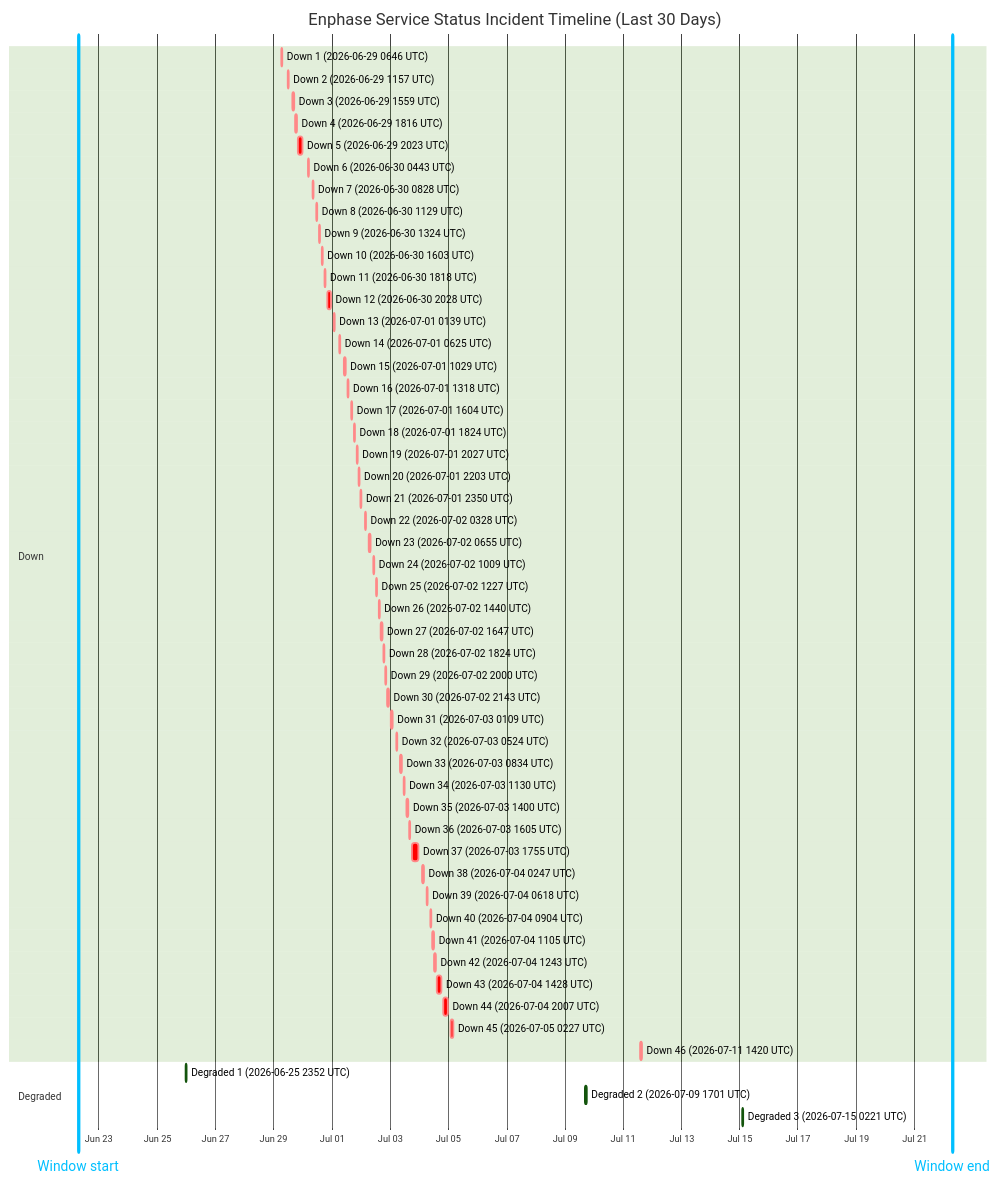
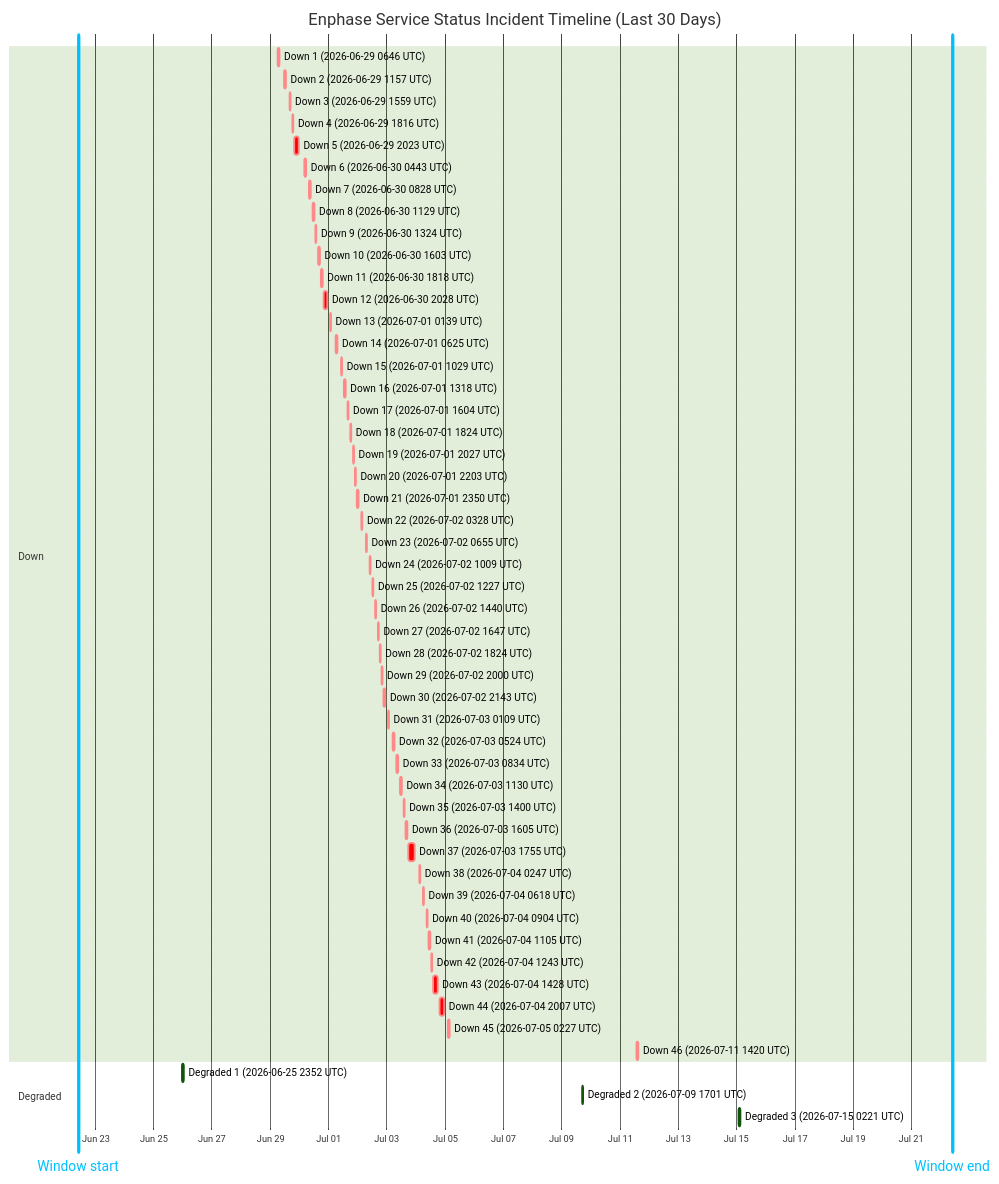
The diagram in wiki/Service-Status-History.md (barneyonline/ha-enphase-energy), drawn with Mermaid (forest theme) before and after one commit. The commit also changed other lines of this file and 3 other files, not shown here.

````diff
--- a/wiki/Service-Status-History.md
+++ b/wiki/Service-Status-History.md
@@ -14,59 +14,59 @@
 ```mermaid
 gantt
     title Enphase Service Status Incident Timeline (Last 30 Days)
     dateFormat  YYYY-MM-DDTHH:mm:ss
     axisFormat  %b %d
-    Window start :vert, window-start, 2026-06-22T07:08:58, 0ms
-    Window end :vert, window-end, 2026-07-22T07:08:58, 0ms
+    Window start :vert, window-start, 2026-06-22T09:57:48, 0ms
+    Window end :vert, window-end, 2026-07-22T09:57:48, 0ms
     section Down
     Down 1 (2026-06-29 0646 UTC) :crit, down-1, 2026-06-29T06:46:18, 60m
     Down 2 (2026-06-29 1157 UTC) :crit, down-2, 2026-06-29T11:57:36, 60m
     Down 3 (2026-06-29 1559 UTC) :crit, down-3, 2026-06-29T15:59:02, 60m
     Down 4 (2026-06-29 1816 UTC) :crit, down-4, 2026-06-29T18:16:38, 60m
     Down 5 (2026-06-29 2023 UTC) :crit, down-5, 2026-06-29T20:23:16, 220m
     Down 6 (2026-06-30 0443 UTC) :crit, down-6, 2026-06-30T04:43:54, 60m
     Down 7 (2026-06-30 0828 UTC) :crit, down-7, 2026-06-30T08:28:43, 60m
     Down 8 (2026-06-30 1129 UTC) :crit, down-8, 2026-06-30T11:29:15, 60m
     Down 9 (2026-06-30 1324 UTC) :crit, down-9, 2026-06-30T13:24:25, 60m
     Down 10 (2026-06-30 1603 UTC) :crit, down-10, 2026-06-30T16:03:26, 60m
     Down 11 (2026-06-30 1818 UTC) :crit, down-11, 2026-06-30T18:18:39, 60m
     Down 12 (2026-06-30 2028 UTC) :crit, down-12, 2026-06-30T20:28:54, 171m
     Down 13 (2026-07-01 0139 UTC) :crit, down-13, 2026-07-01T01:39:18, 60m
     Down 14 (2026-07-01 0625 UTC) :crit, down-14, 2026-07-01T06:25:35, 60m
     Down 15 (2026-07-01 1029 UTC) :crit, down-15, 2026-07-01T10:29:24, 60m
     Down 16 (2026-07-01 1318 UTC) :crit, down-16, 2026-07-01T13:18:31, 60m
     Down 17 (2026-07-01 1604 UTC) :crit, down-17, 2026-07-01T16:04:29, 60m
     Down 18 (2026-07-01 1824 UTC) :crit, down-18, 2026-07-01T18:24:21, 60m
     Down 19 (2026-07-01 2027 UTC) :crit, down-19, 2026-07-01T20:27:17, 60m
     Down 20 (2026-07-01 2203 UTC) :crit, down-20, 2026-07-01T22:03:46, 60m
     Down 21 (2026-07-01 2350 UTC) :crit, down-21, 2026-07-01T23:50:52, 60m
     Down 22 (2026-07-02 0328 UTC) :crit, down-22, 2026-07-02T03:28:33, 60m
     Down 23 (2026-07-02 0655 UTC) :crit, down-23, 2026-07-02T06:55:07, 60m
     Down 24 (2026-07-02 1009 UTC) :crit, down-24, 2026-07-02T10:09:15, 60m
     Down 25 (2026-07-02 1227 UTC) :crit, down-25, 2026-07-02T12:27:49, 60m
     Down 26 (2026-07-02 1440 UTC) :crit, down-26, 2026-07-02T14:40:53, 60m
     Down 27 (2026-07-02 1647 UTC) :crit, down-27, 2026-07-02T16:47:47, 60m
     Down 28 (2026-07-02 1824 UTC) :crit, down-28, 2026-07-02T18:24:26, 60m
     Down 29 (2026-07-02 2000 UTC) :crit, down-29, 2026-07-02T20:00:57, 60m
     Down 30 (2026-07-02 2143 UTC) :crit, down-30, 2026-07-02T21:43:52, 80m
     Down 31 (2026-07-03 0109 UTC) :crit, down-31, 2026-07-03T01:09:19, 60m
     Down 32 (2026-07-03 0524 UTC) :crit, down-32, 2026-07-03T05:24:23, 60m
     Down 33 (2026-07-03 0834 UTC) :crit, down-33, 2026-07-03T08:34:05, 60m
     Down 34 (2026-07-03 1130 UTC) :crit, down-34, 2026-07-03T11:30:41, 60m
     Down 35 (2026-07-03 1400 UTC) :crit, down-35, 2026-07-03T14:00:48, 60m
     Down 36 (2026-07-03 1605 UTC) :crit, down-36, 2026-07-03T16:05:49, 60m
     Down 37 (2026-07-03 1755 UTC) :crit, down-37, 2026-07-03T17:55:54, 338m
     Down 38 (2026-07-04 0247 UTC) :crit, down-38, 2026-07-04T02:47:22, 60m
     Down 39 (2026-07-04 0618 UTC) :crit, down-39, 2026-07-04T06:18:09, 60m
     Down 40 (2026-07-04 0904 UTC) :crit, down-40, 2026-07-04T09:04:41, 60m
     Down 41 (2026-07-04 1105 UTC) :crit, down-41, 2026-07-04T11:05:21, 60m
     Down 42 (2026-07-04 1243 UTC) :crit, down-42, 2026-07-04T12:43:25, 60m
     Down 43 (2026-07-04 1428 UTC) :crit, down-43, 2026-07-04T14:28:07, 243m
     Down 44 (2026-07-04 2007 UTC) :crit, down-44, 2026-07-04T20:07:50, 206m
     Down 45 (2026-07-05 0227 UTC) :crit, down-45, 2026-07-05T02:27:32, 109m
     Down 46 (2026-07-11 1420 UTC) :crit, down-46, 2026-07-11T14:20:54, 69m
     section Degraded
     Degraded 1 (2026-06-25 2352 UTC) :active, degraded-1, 2026-06-25T23:52:01, 60m
     Degraded 2 (2026-07-09 1701 UTC) :active, degraded-2, 2026-07-09T17:01:02, 60m
     Degraded 3 (2026-07-15 0221 UTC) :active, degraded-3, 2026-07-15T02:21:35, 60m
 ```
````
